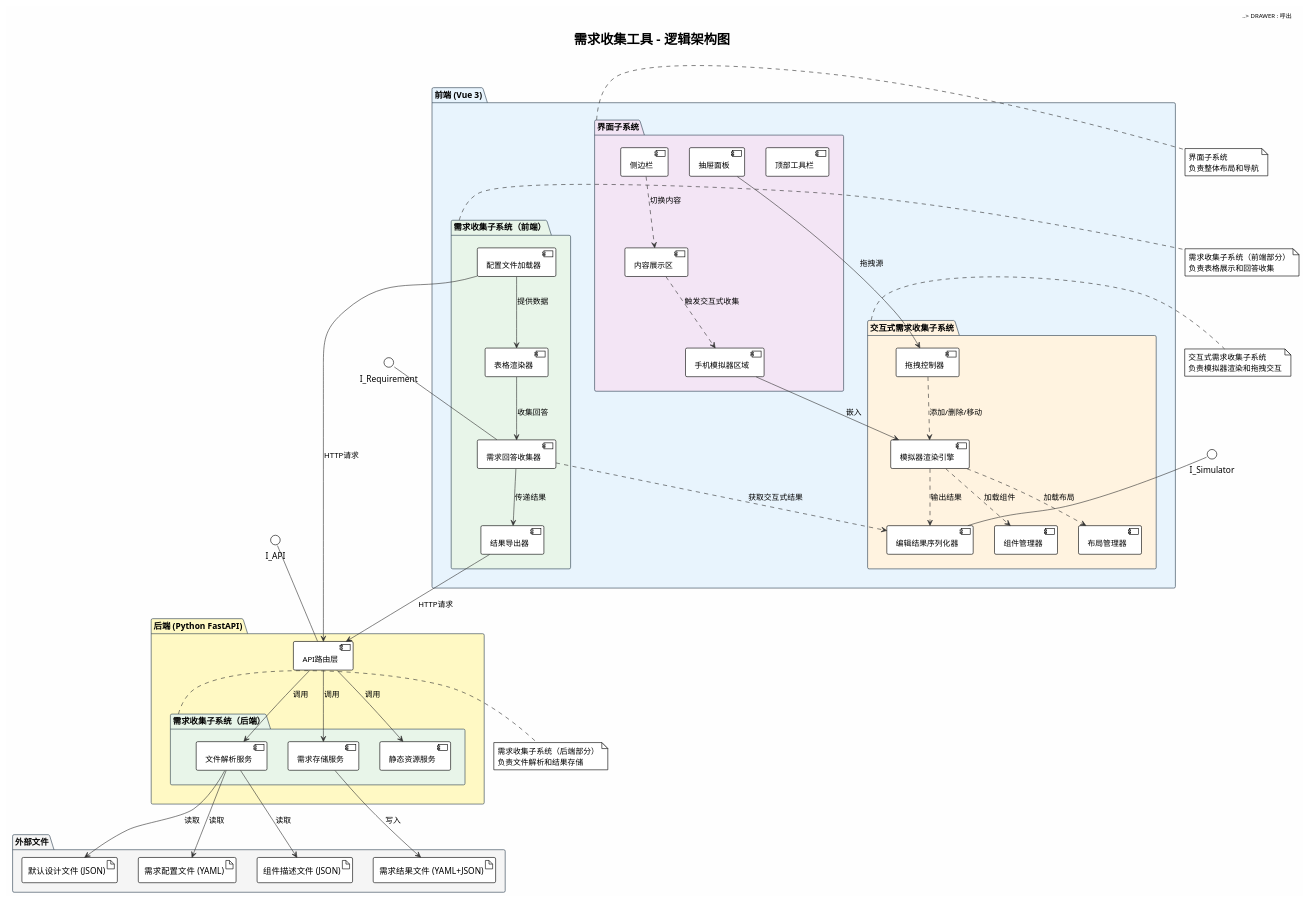
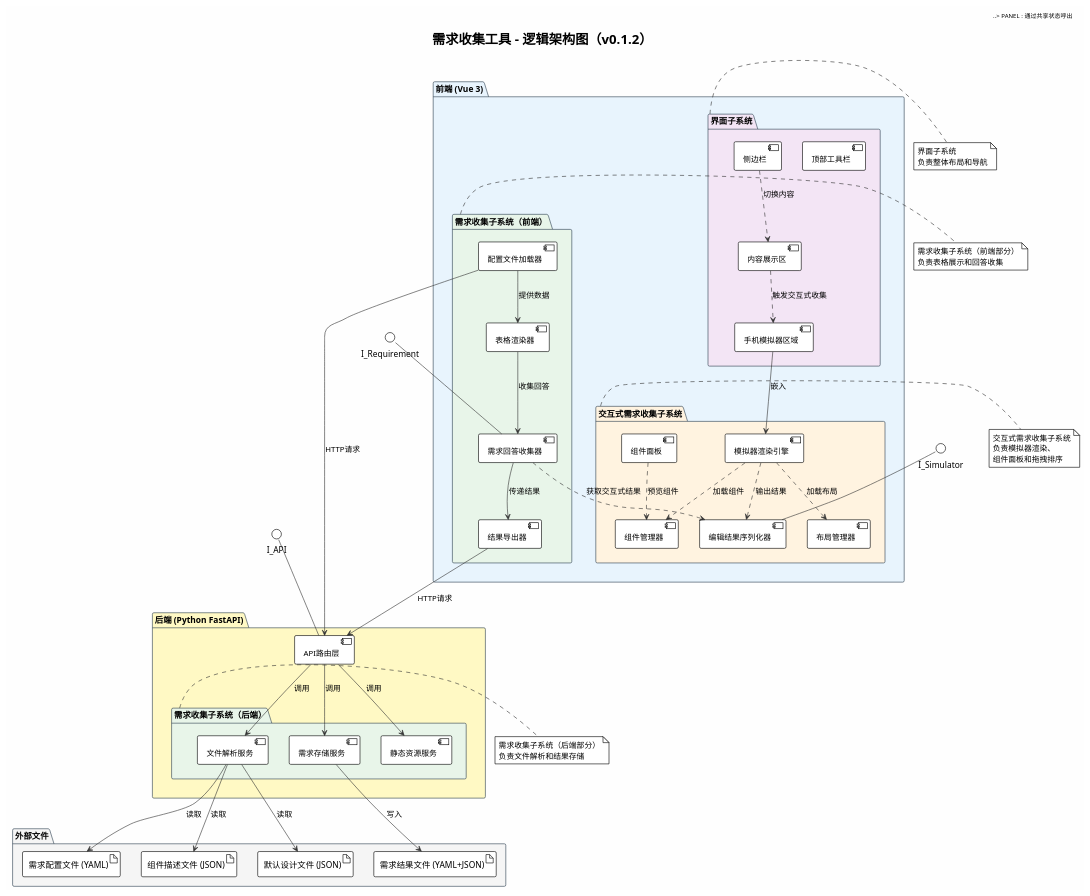
The diagram in docs/images/logical_architecture.puml (24-Fahed/frontend_requirements_tool), drawn with PlantUML before and after one commit. The commit also changed 48 other files, not shown here.

```diff
--- a/docs/images/logical_architecture.puml
+++ b/docs/images/logical_architecture.puml
@@ -1,122 +1,123 @@
 @startuml 逻辑架构图
 !theme plain
 skinparam backgroundColor #FEFEFE
 skinparam defaultFontName SimHei
 skinparam NoteFontName SimHei
 skinparam PackageFontName SimHei
 skinparam RectangleFontName SimHei
 skinparam TitleFontName SimHei
 skinparam LegendFontName SimHei
 skinparam ComponentFontName SimHei
 skinparam InterfaceFontName SimHei
 skinparam ArrowColor #333333
 skinparam PackageBorderColor #2C3E50
 skinparam PackageFontSize 14
 skinparam ComponentFontSize 13
 
-title 需求收集工具 - 逻辑架构图
+title 需求收集工具 - 逻辑架构图（v0.1.2）
 
 package "前端 (Vue 3)" as FE #E8F4FD {
 
   package "界面子系统" as UI_SUB #F3E5F5 {
     component [顶部工具栏] as HEADER
     component [侧边栏] as SIDEBAR
     component [内容展示区] as CONTENT
     component [手机模拟器区域] as SIMULATOR
-    component [抽屉面板] as DRAWER
 
     HEADER ..> SIDEBAR : 切换分类
-    HEADER ..> DRAWER : 呼出
     SIDEBAR ..> CONTENT : 切换内容
     CONTENT ..> SIMULATOR : 触发交互式收集
   }
 
   package "交互式需求收集子系统" as INT_SUB #FFF3E0 {
     component [模拟器渲染引擎] as RENDERER
-    component [拖拽控制器] as DRAG_CTRL
+    component [组件面板] as PANEL
     component [组件管理器] as COMP_MGR
     component [布局管理器] as LAYOUT_MGR
     component [编辑结果序列化器] as SERIALIZER
 
     RENDERER ..> COMP_MGR : 加载组件
     RENDERER ..> LAYOUT_MGR : 加载布局
-    DRAG_CTRL ..> RENDERER : 添加/删除/移动
     RENDERER ..> SERIALIZER : 输出结果
+    PANEL ..> COMP_MGR : 预览组件
   }
 
   package "需求收集子系统（前端）" as REQ_SUB_FE #E8F5E9 {
     component [配置文件加载器] as CFG_LOADER
     component [表格渲染器] as TABLE_RENDER
     component [需求回答收集器] as ANSWER_COLL
     component [结果导出器] as EXPORTER
   }
 
   SIMULATOR --> RENDERER : 嵌入
-  DRAWER --> DRAG_CTRL : 拖拽源
+  HEADER ..> PANEL : 通过共享状态呼出
   TABLE_RENDER --> ANSWER_COLL : 收集回答
   ANSWER_COLL ..> SERIALIZER : 获取交互式结果
   ANSWER_COLL --> EXPORTER : 传递结果
   CFG_LOADER --> TABLE_RENDER : 提供数据
 }
+
+' PANEL 和 RENDERER 中容器 SimNode 通过 vuedraggable group="sim" 共享拖拽
 
 package "后端 (Python FastAPI)" as BE #FFF9C4 {
 
   package "需求收集子系统（后端）" as REQ_SUB_BE #E8F5E9 {
     component [文件解析服务] as FILE_PARSER
     component [需求存储服务] as REQ_STORAGE
     component [静态资源服务] as STATIC_SRV
   }
 
   component [API路由层] as API_ROUTE
 }
 
 package "外部文件" as EXT #F5F5F5 {
   artifact "需求配置文件 (YAML)" as CFG_FILE
   artifact "组件描述文件 (JSON)" as COMP_FILE
   artifact "默认设计文件 (JSON)" as DEFAULT_FILE
   artifact "需求结果文件 (YAML+JSON)" as RESULT_FILE
 }
 
 ' 前后端交互
 CFG_LOADER --> API_ROUTE : HTTP请求
 EXPORTER --> API_ROUTE : HTTP请求
 API_ROUTE --> FILE_PARSER : 调用
 API_ROUTE --> REQ_STORAGE : 调用
 API_ROUTE --> STATIC_SRV : 调用
 
 ' 文件读写
 FILE_PARSER --> CFG_FILE : 读取
 FILE_PARSER --> COMP_FILE : 读取
 FILE_PARSER --> DEFAULT_FILE : 读取
 REQ_STORAGE --> RESULT_FILE : 写入
 
 ' 前端内部接口标注
 interface "I_Simulator" as I_SIM
 interface "I_Requirement" as I_REQ
 interface "I_API" as I_API
 
 SERIALIZER -up- I_SIM
 ANSWER_COLL -up- I_REQ
 API_ROUTE -up- I_API
 
 note right of UI_SUB
   界面子系统
   负责整体布局和导航
 end note
 
 note right of INT_SUB
   交互式需求收集子系统
-  负责模拟器渲染和拖拽交互
+  负责模拟器渲染、
+  组件面板和拖拽排序
 end note
 
 note right of REQ_SUB_FE
   需求收集子系统（前端部分）
   负责表格展示和回答收集
 end note
 
 note right of REQ_SUB_BE
   需求收集子系统（后端部分）
   负责文件解析和结果存储
 end note
 
 @enduml
```
